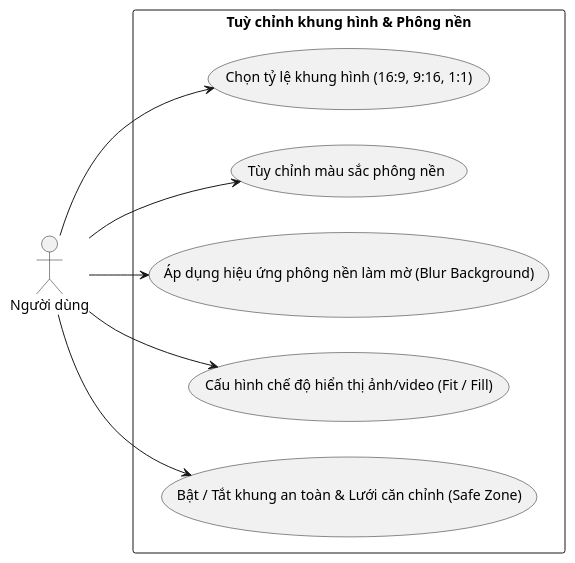
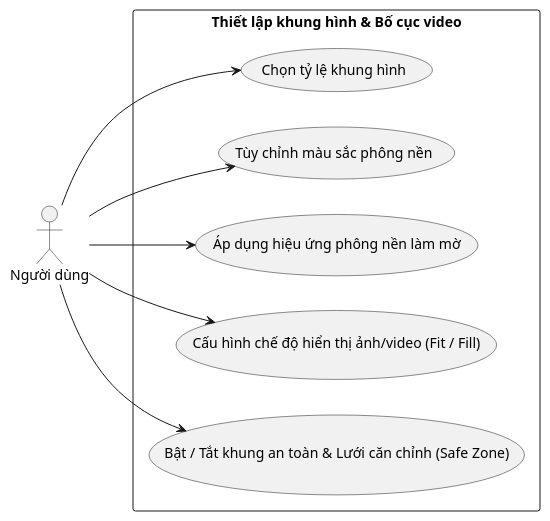
The diagram in docs/bieu-do-uc/bieu-do-uc-chi-tiet/make/dung-va-xuat-video/thiet-lap-khung-hinh-va-bo-cuc-video.puml (202416852-anhpv/story2video-docs), drawn with PlantUML before and after one commit. The commit also changed 8 other files, not shown here.

```diff
--- a/docs/bieu-do-uc/bieu-do-uc-chi-tiet/make/dung-va-xuat-video/thiet-lap-khung-hinh-va-bo-cuc-video.puml
+++ b/docs/bieu-do-uc/bieu-do-uc-chi-tiet/make/dung-va-xuat-video/thiet-lap-khung-hinh-va-bo-cuc-video.puml
@@ -1,20 +1,20 @@
-@startuml tuy-chinh-khung-hinh-va-phong-nen
+@startuml thiet-lap-khung-hinh-va-bo-cuc-video
 left to right direction
 
 actor "Người dùng" as User
 
-rectangle "Tuỳ chỉnh khung hình & Phông nền" {
-    usecase "Chọn tỷ lệ khung hình (16:9, 9:16, 1:1)" as UC_01
+rectangle "Thiết lập khung hình & Bố cục video" {
+    usecase "Chọn tỷ lệ khung hình" as UC_01
     usecase "Tùy chỉnh màu sắc phông nền" as UC_02
-    usecase "Áp dụng hiệu ứng phông nền làm mờ (Blur Background)" as UC_03
+    usecase "Áp dụng hiệu ứng phông nền làm mờ" as UC_03
     usecase "Cấu hình chế độ hiển thị ảnh/video (Fit / Fill)" as UC_04
     usecase "Bật / Tắt khung an toàn & Lưới căn chỉnh (Safe Zone)" as UC_05
 }
 
 User --> UC_01
 User --> UC_02
 User --> UC_03
 User --> UC_04
 User --> UC_05
 
 @enduml
```
